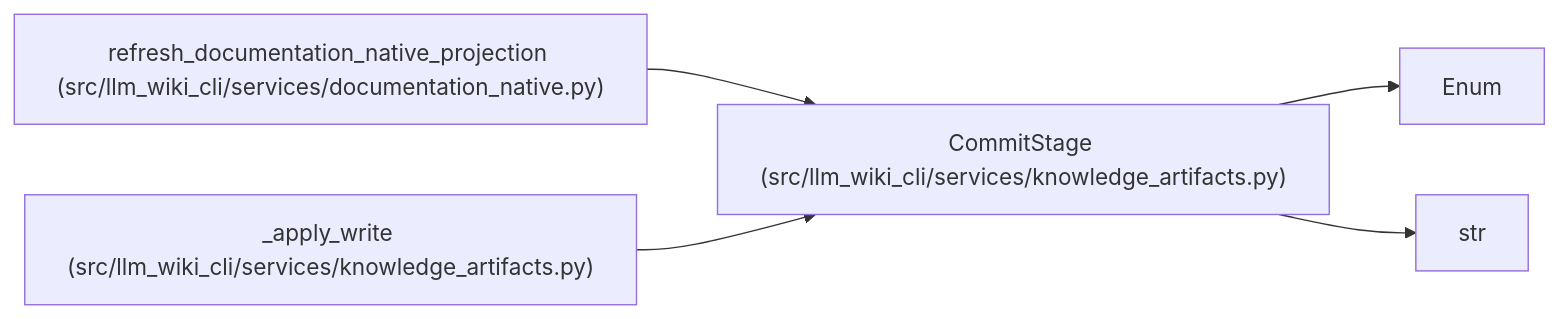
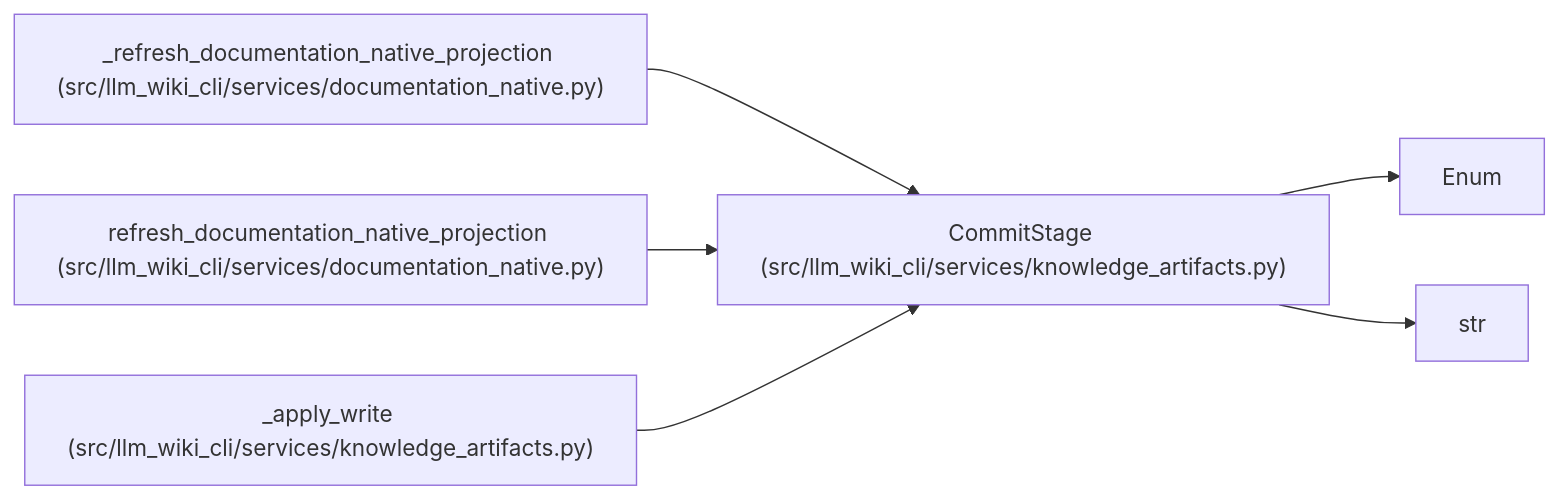
One commit to Denissvgn/python-wiki-llm changed the diagram in docs/llm_wiki/entities/CommitStage.md. Above: the diagram before and after it, drawn with Mermaid. The commit also changed other lines of this file and 1410 other files, not shown here.

````diff
--- a/docs/llm_wiki/entities/CommitStage.md
+++ b/docs/llm_wiki/entities/CommitStage.md
@@ -28,15 +29,18 @@
 ```mermaid
 flowchart LR
     n0["CommitStage (src/llm_wiki_cli/services/knowledge_artifacts.py)"]
     n1["Enum"]
     n2["str"]
-    n3["refresh_documentation_native_projection (src/llm_wiki_cli/services/documentation_native.py)"]
-    n4["_apply_write (src/llm_wiki_cli/services/knowledge_artifacts.py)"]
+    n3["_refresh_documentation_native_projection (src/llm_wiki_cli/services/documentation_native.py)"]
+    n4["refresh_documentation_native_projection (src/llm_wiki_cli/services/documentation_native.py)"]
+    n5["_apply_write (src/llm_wiki_cli/services/knowledge_artifacts.py)"]
     n0 --> n1
     n0 --> n2
     n3 --> n0
     n4 --> n0
+    n5 --> n0
     click n0 "../modules/knowledge_artifacts.md"
     click n3 "../modules/documentation_native.md"
-    click n4 "../modules/knowledge_artifacts.md"
+    click n4 "../modules/documentation_native.md"
+    click n5 "../modules/knowledge_artifacts.md"
 ```
````
